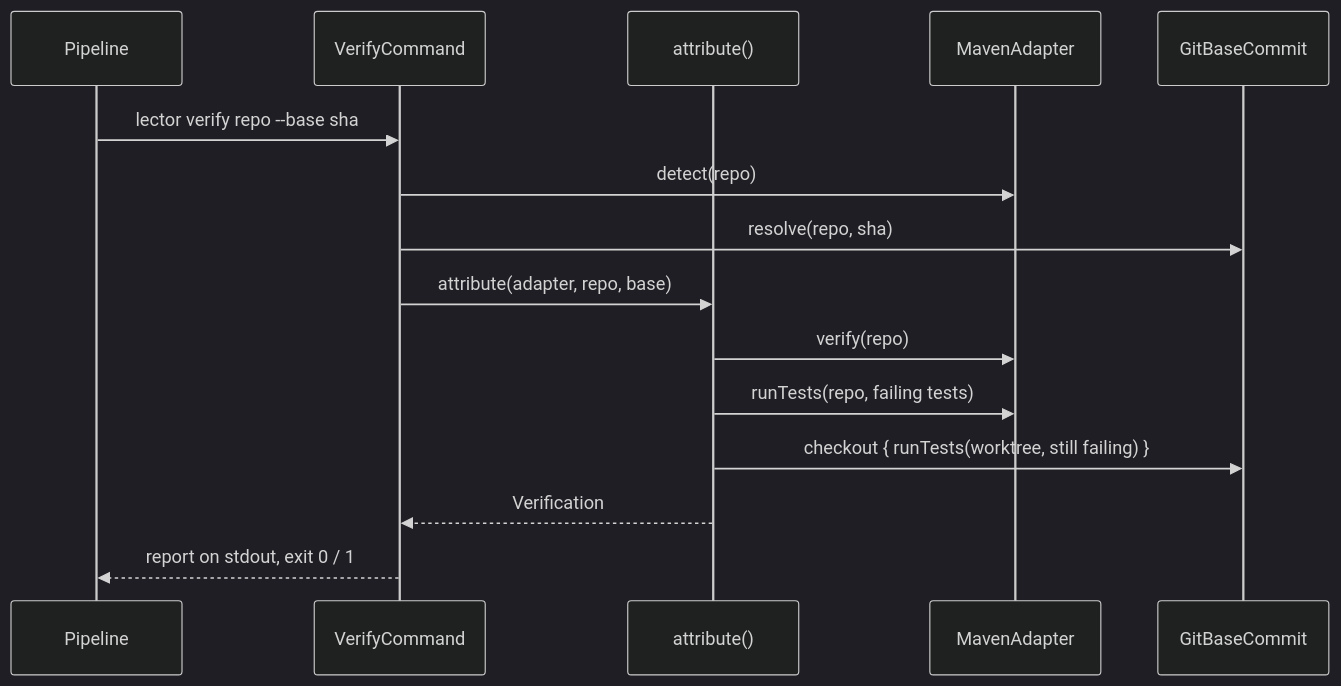
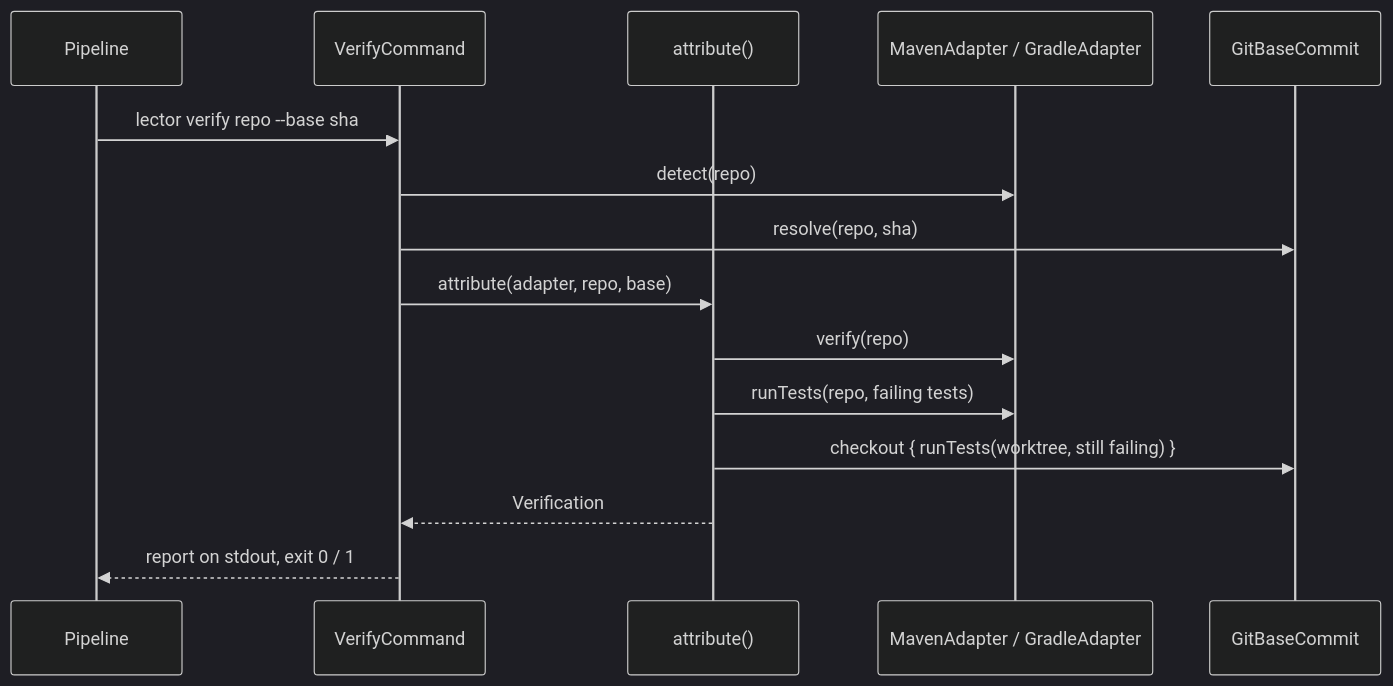
The fourth of 4 diagrams in docs/architecture/verify-pipeline.md (danvan86/lector-ai), drawn with Mermaid (dark theme) before and after one commit. The commit also changed other lines of this file and 7 other files, not shown here.

Commit message:
docs: document the Gradle adapter, and bring the architecture docs up to M7

````diff
--- a/docs/architecture/verify-pipeline.md
+++ b/docs/architecture/verify-pipeline.md
@@ -135,17 +139,17 @@
 ```mermaid
 sequenceDiagram
     participant P as Pipeline
     participant V as VerifyCommand
     participant A as attribute()
-    participant M as MavenAdapter
+    participant M as MavenAdapter / GradleAdapter
     participant G as GitBaseCommit
     P->>V: lector verify repo --base sha
     V->>M: detect(repo)
     V->>G: resolve(repo, sha)
     V->>A: attribute(adapter, repo, base)
     A->>M: verify(repo)
     A->>M: runTests(repo, failing tests)
     A->>G: checkout { runTests(worktree, still failing) }
     A-->>V: Verification
     V-->>P: report on stdout, exit 0 / 1
 ```
````
